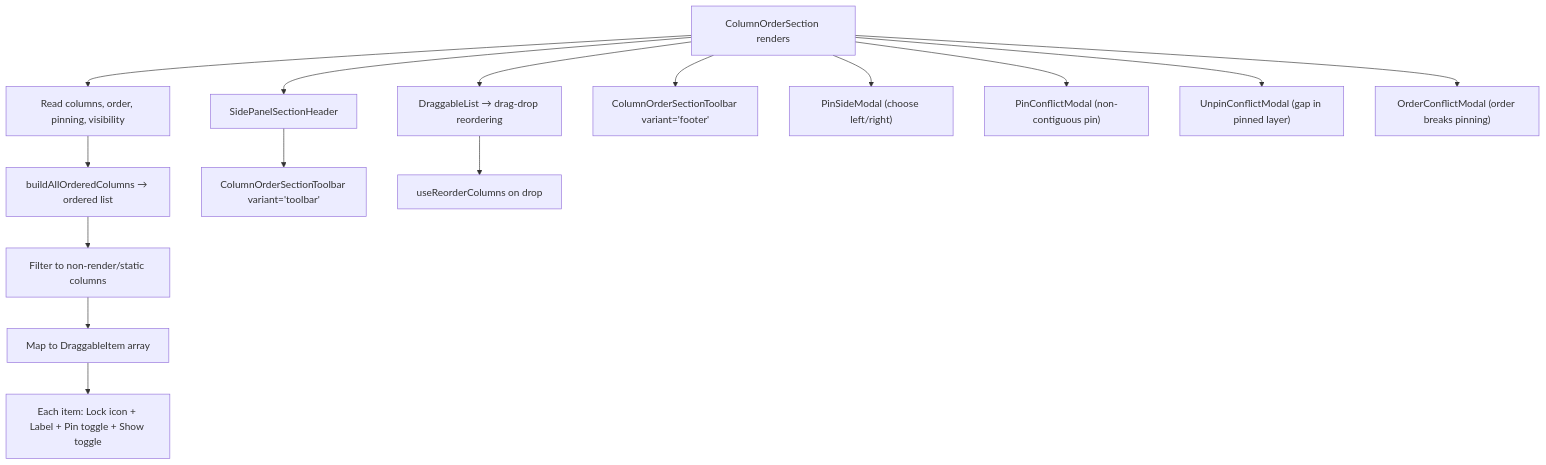
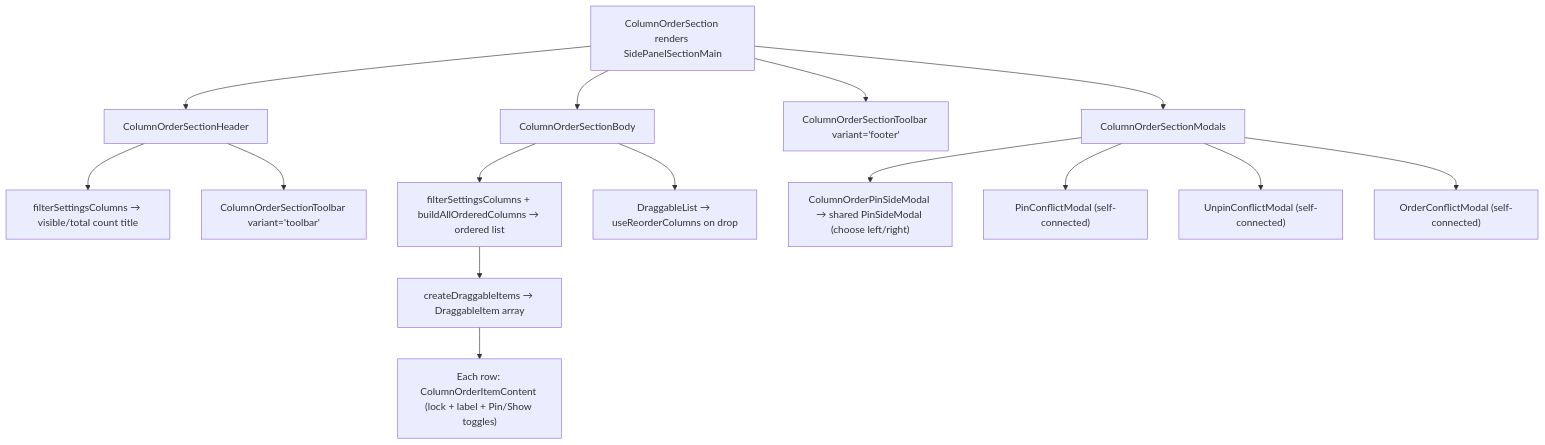
One commit to luciocabrera/lcabrera-stack changed the second of 3 diagrams in packages/ui/src/components/Table/TableSettingsDrawer/ColumnOrderSection/ARCHITECTURE.md. Above: the diagram before and after it, drawn with Mermaid. The commit also changed other lines of this file and 32 other files, not shown here.

First line of the commit message:
feat: Implement Column Order Section with Drag-and-Drop Functionality

````diff
--- a/packages/ui/src/components/Table/TableSettingsDrawer/ColumnOrderSection/ARCHITECTURE.md
+++ b/packages/ui/src/components/Table/TableSettingsDrawer/ColumnOrderSection/ARCHITECTURE.md
@@ -100,21 +159,20 @@
 ```mermaid
 graph TD
-  A["ColumnOrderSection renders"] --> B["Read columns, order, pinning, visibility"]
-  B --> C["buildAllOrderedColumns → ordered list"]
-  C --> D["Filter to non-render/static columns"]
-  D --> E["Map to DraggableItem array"]
-  E --> F["Each item: Lock icon + Label + Pin toggle + Show toggle"]
+  A["ColumnOrderSection renders SidePanelSectionMain"] --> B["ColumnOrderSectionHeader"]
+  B --> C["filterSettingsColumns → visible/total count title"]
+  B --> D["ColumnOrderSectionToolbar variant='toolbar'"]
 
-  A --> G["SidePanelSectionHeader"]
-  G --> H["ColumnOrderSectionToolbar variant='toolbar'"]
+  A --> E["ColumnOrderSectionBody"]
+  E --> F["filterSettingsColumns + buildAllOrderedColumns → ordered list"]
+  F --> G["createDraggableItems → DraggableItem array"]
+  G --> H["Each row: ColumnOrderItemContent (lock + label + Pin/Show toggles)"]
+  E --> I["DraggableList → useReorderColumns on drop"]
 
-  A --> I["DraggableList → drag-drop reordering"]
-  I --> J["useReorderColumns on drop"]
+  A --> J["ColumnOrderSectionToolbar variant='footer'"]
 
-  A --> K["ColumnOrderSectionToolbar variant='footer'"]
-
-  A --> L["PinSideModal (choose left/right)"]
-  A --> M["PinConflictModal (non-contiguous pin)"]
-  A --> N["UnpinConflictModal (gap in pinned layer)"]
-  A --> O["OrderConflictModal (order breaks pinning)"]
+  A --> K["ColumnOrderSectionModals"]
+  K --> L["ColumnOrderPinSideModal → shared PinSideModal (choose left/right)"]
+  K --> M["PinConflictModal (self-connected)"]
+  K --> N["UnpinConflictModal (self-connected)"]
+  K --> O["OrderConflictModal (self-connected)"]
 ```
````
